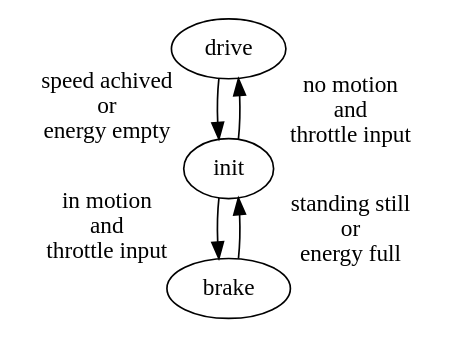
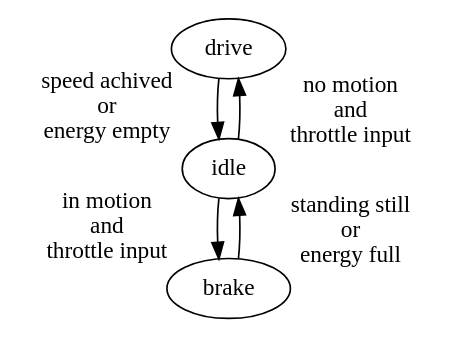
Before and after one commit to Solaire-42/kers: the diagram in Software/state_diagram.dot, drawn with Graphviz. The commit also changed 1 other file, not shown here.

Commit message:
Software: Exchange init with idle in state diagram

```diff
--- a/Software/state_diagram.dot
+++ b/Software/state_diagram.dot
@@ -1,10 +1,10 @@
 digraph G {
-    drive -> init [ headlabel="speed achived \n or \n energy empty", 
+    drive -> idle [ headlabel="speed achived \n or \n energy empty", 
                     labeldistance=7 labelangle=70];
-    init -> drive [ headlabel="no motion \n and \n throttle input", 
+    idle -> drive [ headlabel="no motion \n and \n throttle input", 
                     labeldistance=7 labelangle=70];
-    init -> brake [ headlabel="in motion \n and \n throttle input", 
+    idle -> brake [ headlabel="in motion \n and \n throttle input", 
                     labeldistance=7 labelangle=70];
-    brake -> init [ headlabel="standing still \n or \n energy full", 
+    brake -> idle [ headlabel="standing still \n or \n energy full", 
                     labeldistance=7 labelangle=70];
 }
```
